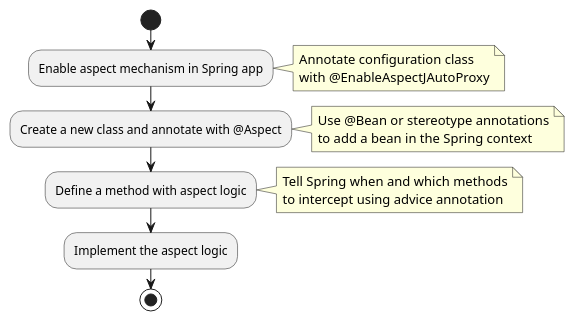
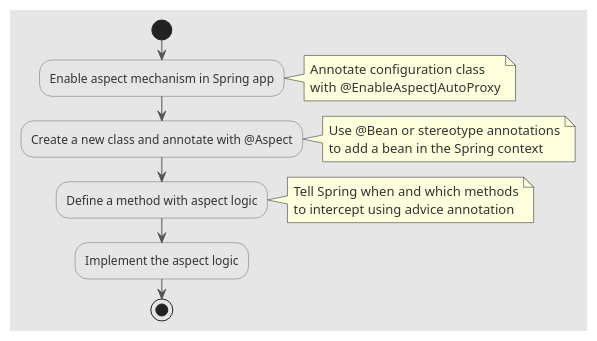
Before and after one commit to huyhai1994/spring_boot_tutor: the diagram in src/main/resources/chapter6/figure6.5.puml, drawn with PlantUML.

Commit message:
change background for fig 6.5

```diff
--- a/src/main/resources/chapter6/figure6.5.puml
+++ b/src/main/resources/chapter6/figure6.5.puml
@@ -1,25 +1,34 @@
 @startuml
 start
 
+skinparam backgroundColor #E6E6E6
+
+skinparam activity {
+  BackgroundColor #E6E6E6
+  BorderColor #666666
+}
+
+skinparam defaultFontColor #333333
+skinparam ArrowColor #555555
 :Enable aspect mechanism in Spring app;
 note right
 Annotate configuration class
 with @EnableAspectJAutoProxy
 end note
 
 :Create a new class and annotate with @Aspect;
 note right
 Use @Bean or stereotype annotations
 to add a bean in the Spring context
 end note
 
 :Define a method with aspect logic;
 note right
 Tell Spring when and which methods
 to intercept using advice annotation
 end note
 
 :Implement the aspect logic;
 
 stop
 @enduml
```
